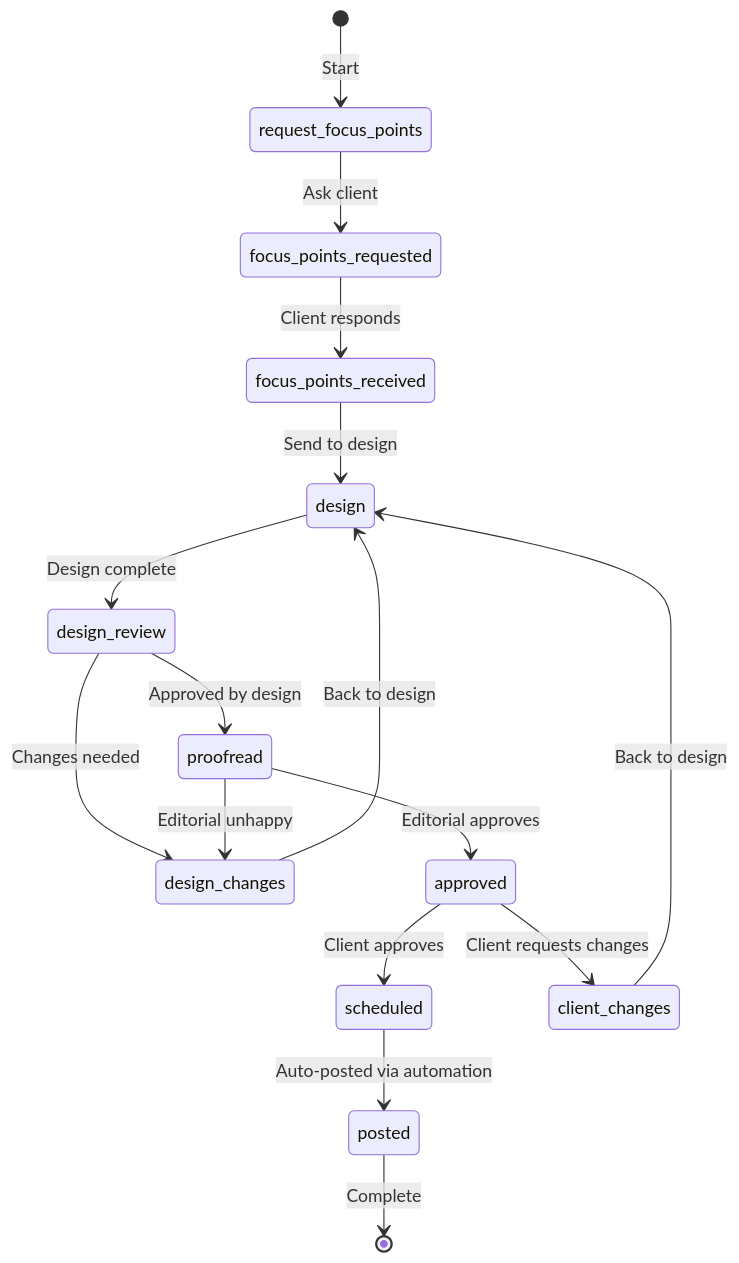
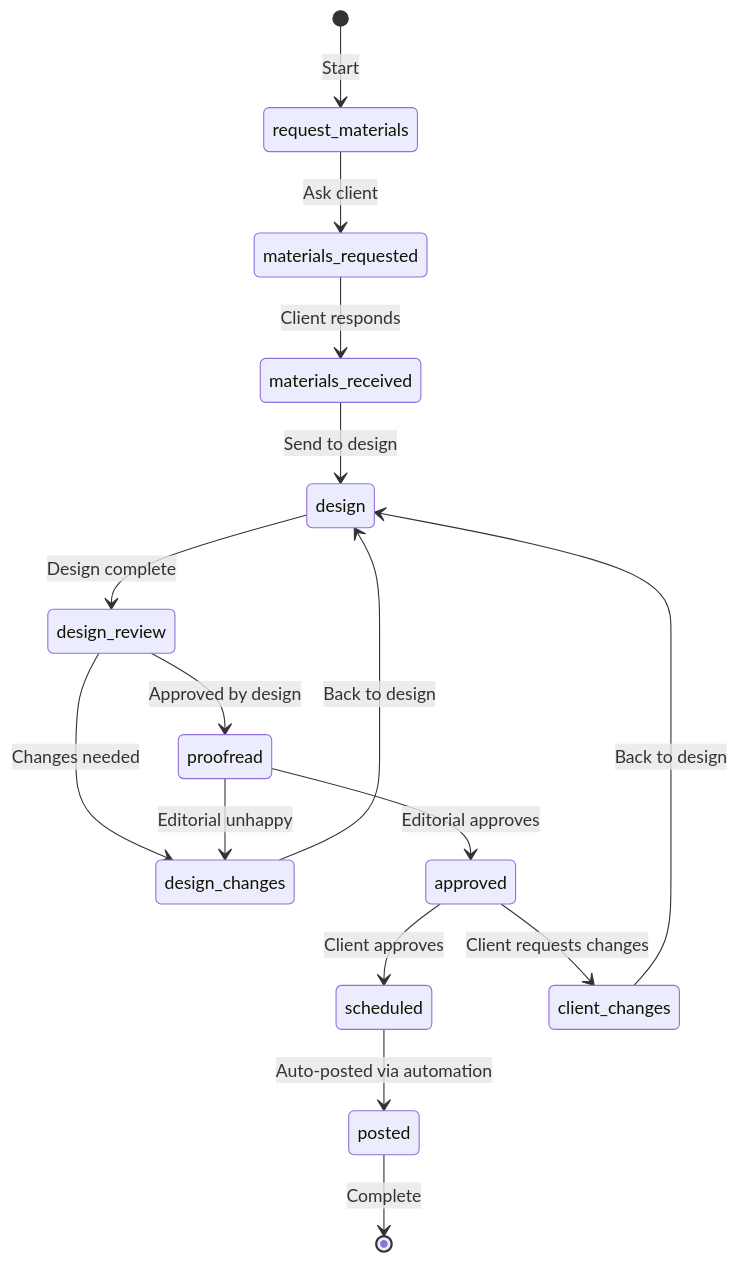
Before and after one commit to Danieldckh/Agri360: the diagram in docs/deliverable-workflows/content-calendar.md, drawn with Mermaid. The commit also changed other lines of this file and 12 other files, not shown here.

````diff
--- a/docs/deliverable-workflows/content-calendar.md
+++ b/docs/deliverable-workflows/content-calendar.md
@@ -21,18 +21,18 @@
 ```mermaid
 stateDiagram-v2
-    [*] --> request_focus_points : Start
-    request_focus_points --> focus_points_requested : Ask client
-    focus_points_requested --> focus_points_received : Client responds
-    focus_points_received --> design : Send to design
+    [*] --> request_materials : Start
+    request_materials --> materials_requested : Ask client
+    materials_requested --> materials_received : Client responds
+    materials_received --> design : Send to design
     design --> design_review : Design complete
     design_review --> proofread : Approved by design
     design_review --> design_changes : Changes needed
     design_changes --> design : Back to design
     proofread --> approved : Editorial approves
     proofread --> design_changes : Editorial unhappy
     approved --> scheduled : Client approves
     approved --> client_changes : Client requests changes
     client_changes --> design : Back to design
     scheduled --> posted : Auto-posted via automation
     posted --> [*] : Complete
 ```
````
